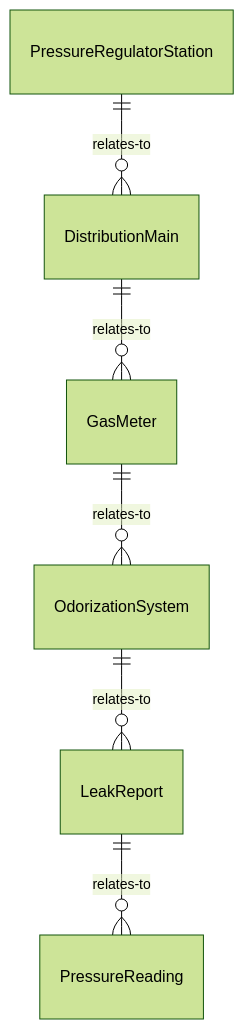
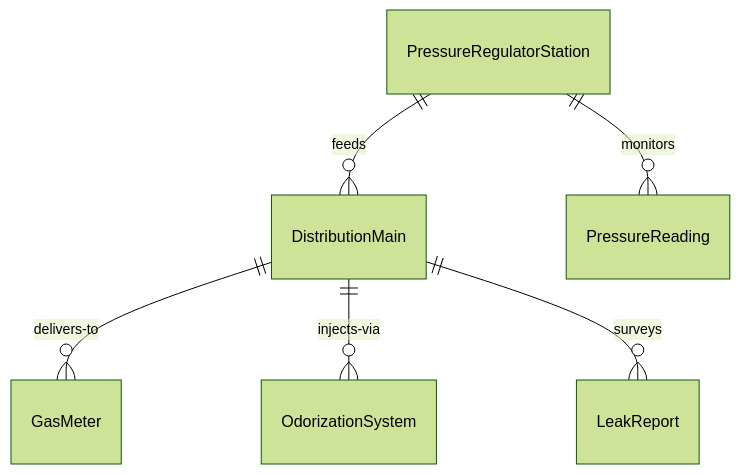
Before and after one commit to dot-org-ai/tasks.org.ai: the first of 4 diagrams in ControllingMachinesAndProcesses/OperateEnergyProductionOrDistributionEquipment/OperateNaturalGasDistributionEquipment.mdx, drawn with Mermaid (forest theme). The commit also changed other lines of this file and 515 other files, not shown here.

````diff
--- a/ControllingMachinesAndProcesses/OperateEnergyProductionOrDistributionEquipment/OperateNaturalGasDistributionEquipment.mdx
+++ b/ControllingMachinesAndProcesses/OperateEnergyProductionOrDistributionEquipment/OperateNaturalGasDistributionEquipment.mdx
@@ -87,8 +87,8 @@
 ```mermaid
 erDiagram
-    PressureRegulatorStation ||--o{ DistributionMain : relates-to
-    DistributionMain ||--o{ GasMeter : relates-to
-    GasMeter ||--o{ OdorizationSystem : relates-to
-    OdorizationSystem ||--o{ LeakReport : relates-to
-    LeakReport ||--o{ PressureReading : relates-to
+    PressureRegulatorStation ||--o{ DistributionMain : feeds
+    DistributionMain ||--o{ GasMeter : delivers-to
+    DistributionMain ||--o{ OdorizationSystem : injects-via
+    DistributionMain ||--o{ LeakReport : surveys
+    PressureRegulatorStation ||--o{ PressureReading : monitors
 ```
````
